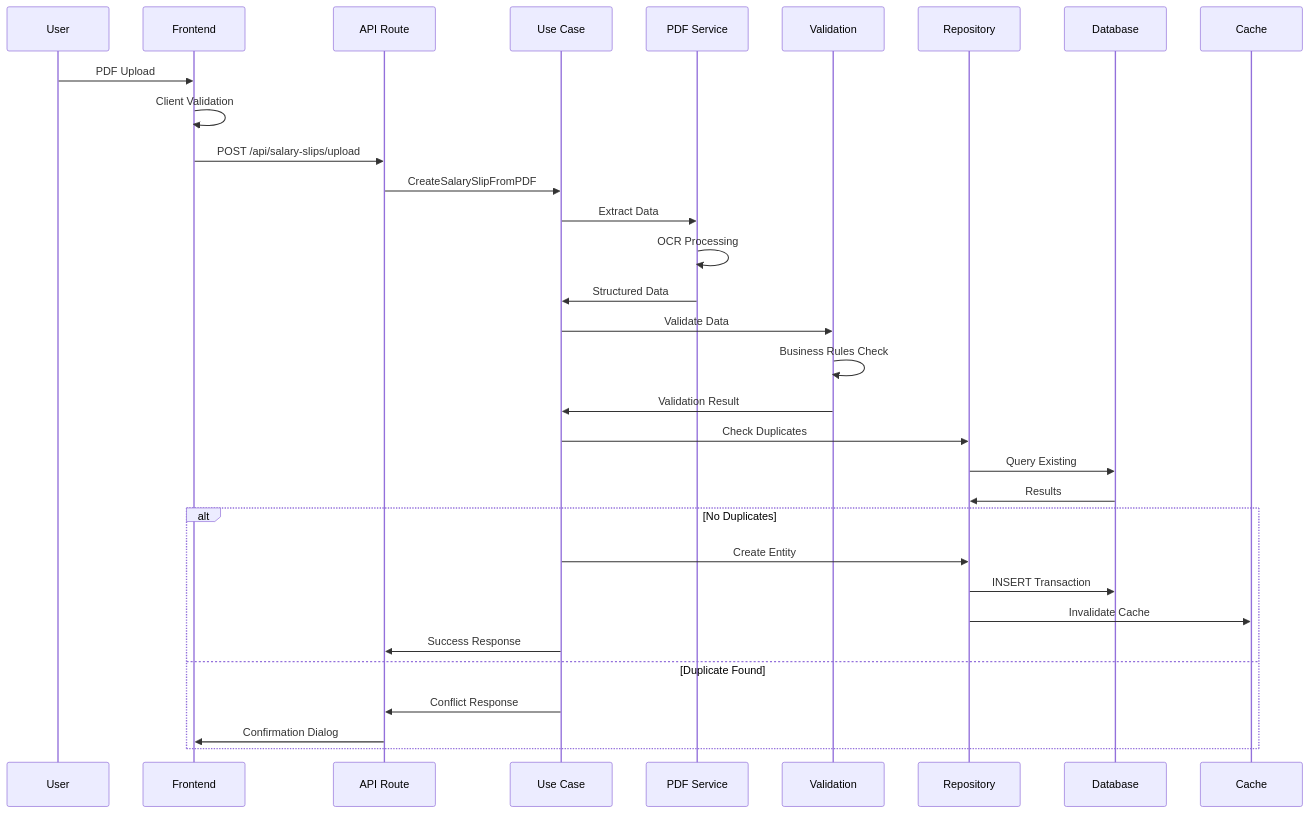
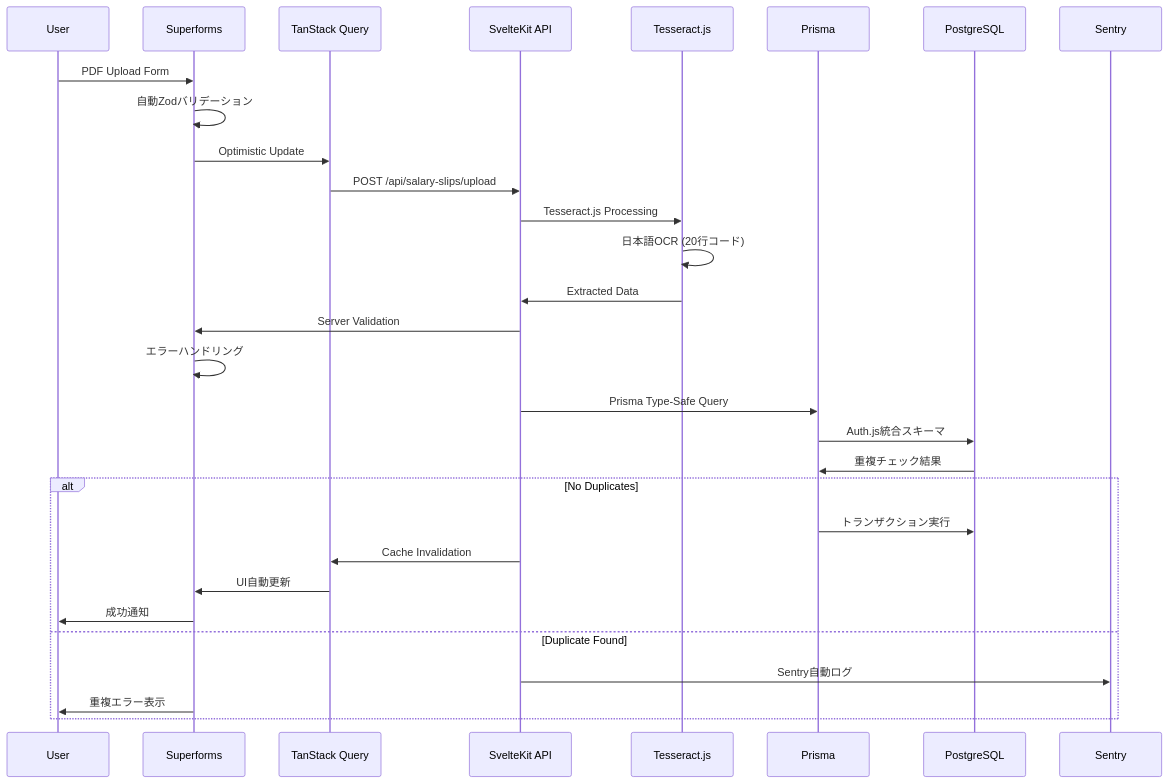
Before and after one commit to Tora29/salary-management: the third of 10 diagrams in docs/detailed-design/10-01_technical-design-overview.md, drawn with Mermaid. The commit also changed other lines of this file and 14 other files, not shown here.

````diff
--- a/docs/detailed-design/10-01_technical-design-overview.md
+++ b/docs/detailed-design/10-01_technical-design-overview.md
@@ -215,39 +342,37 @@
 ```mermaid
 sequenceDiagram
     participant U as User
-    participant UI as Frontend
-    participant API as API Route
-    participant UC as Use Case
-    participant PDF as PDF Service
-    participant VAL as Validation
-    participant REPO as Repository
-    participant DB as Database
-    participant CACHE as Cache
-    
-    U->>UI: PDF Upload
-    UI->>UI: Client Validation
-    UI->>API: POST /api/salary-slips/upload
-    
-    API->>UC: CreateSalarySlipFromPDF
-    UC->>PDF: Extract Data
-    PDF->>PDF: OCR Processing
-    PDF->>UC: Structured Data
-    
-    UC->>VAL: Validate Data
-    VAL->>VAL: Business Rules Check
-    VAL->>UC: Validation Result
-    
-    UC->>REPO: Check Duplicates
-    REPO->>DB: Query Existing
-    DB->>REPO: Results
-    
+    participant SF as Superforms
+    participant TQ as TanStack Query
+    participant API as SvelteKit API
+    participant OCR as Tesseract.js
+    participant PR as Prisma
+    participant DB as PostgreSQL
+    participant S as Sentry
+
+    U->>SF: PDF Upload Form
+    SF->>SF: 自動Zodバリデーション
+    SF->>TQ: Optimistic Update
+    TQ->>API: POST /api/salary-slips/upload
+
+    API->>OCR: Tesseract.js Processing
+    OCR->>OCR: 日本語OCR (20行コード)
+    OCR->>API: Extracted Data
+
+    API->>SF: Server Validation
+    SF->>SF: エラーハンドリング
+
+    API->>PR: Prisma Type-Safe Query
+    PR->>DB: Auth.js統合スキーマ
+    DB->>PR: 重複チェック結果
+
     alt No Duplicates
-        UC->>REPO: Create Entity
-        REPO->>DB: INSERT Transaction
-        REPO->>CACHE: Invalidate Cache
-        UC->>API: Success Response
+        PR->>DB: トランザクション実行
+        API->>TQ: Cache Invalidation
+        TQ->>SF: UI自動更新
+        SF->>U: 成功通知
     else Duplicate Found
-        UC->>API: Conflict Response
-        API->>UI: Confirmation Dialog
+        API->>S: Sentry自動ログ
+        SF->>U: 重複エラー表示
     end
 ```
````
